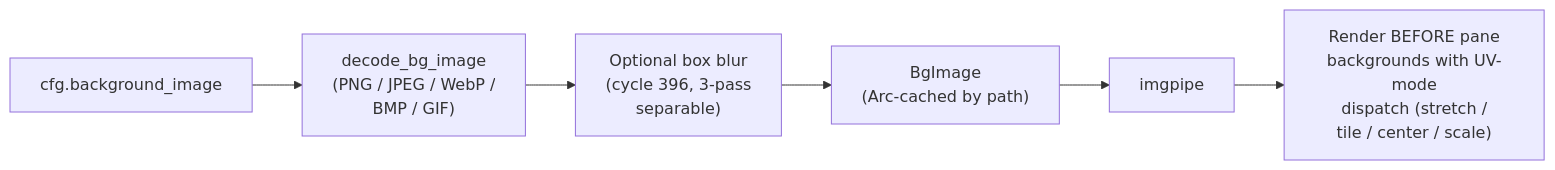
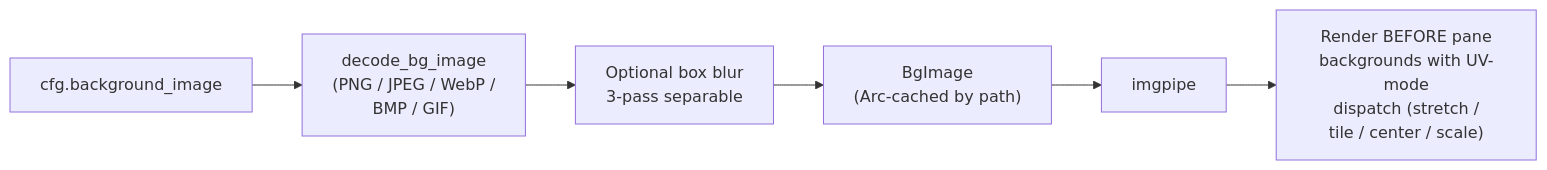
Before and after one commit to Reddimus/kettle: the sixth of 8 diagrams in docs/ARCHITECTURE.md, drawn with Mermaid. The commit also changed other lines of this file and 4 other files, not shown here.

````diff
--- a/docs/ARCHITECTURE.md
+++ b/docs/ARCHITECTURE.md
@@ -270,8 +259,8 @@
 ```mermaid
 flowchart LR
     A["cfg.background_image"] --> B["decode_bg_image<br/>(PNG / JPEG / WebP /<br/>BMP / GIF)"]
-    B --> C["Optional box blur<br/>(cycle 396, 3-pass<br/>separable)"]
+    B --> C["Optional box blur<br/>3-pass separable"]
     C --> D["BgImage<br/>(Arc-cached by path)"]
     D --> E["imgpipe"]
     E --> F["Render BEFORE pane<br/>backgrounds with UV-mode<br/>dispatch (stretch /<br/>tile / center / scale)"]
 ```
````
